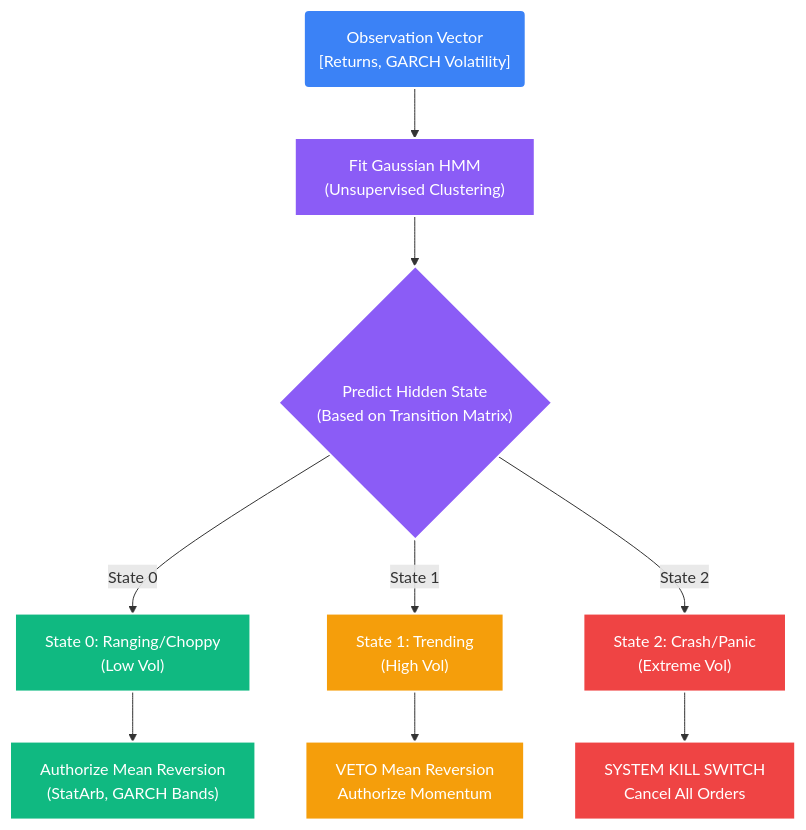
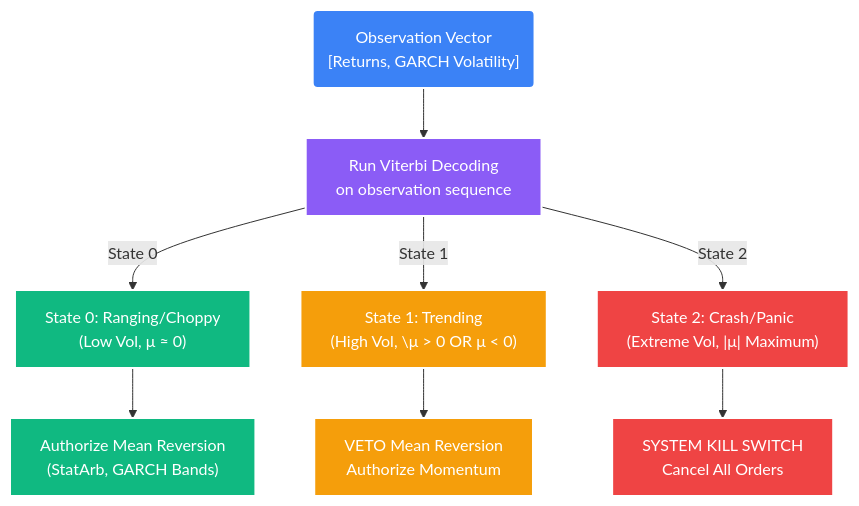
Before and after one commit to racoya/stockstats: the second of 2 diagrams in docs/models/03_hmm_regime_detection.md, drawn with Mermaid. The commit also changed other lines of this file, not shown here.

First line of the commit message:
docs(math): expand hmm regime detection documentation

````diff
--- a/docs/models/03_hmm_regime_detection.md
+++ b/docs/models/03_hmm_regime_detection.md
@@ -36,22 +126,21 @@
 ```mermaid
 graph TD
     classDef data fill:#3b82f6,stroke:#fff,stroke-width:2px,color:#fff;
     classDef hmm fill:#8b5cf6,stroke:#fff,stroke-width:2px,color:#fff;
     classDef state0 fill:#10b981,stroke:#fff,stroke-width:2px,color:#fff;
     classDef state1 fill:#f59e0b,stroke:#fff,stroke-width:2px,color:#fff;
     classDef state2 fill:#ef4444,stroke:#fff,stroke-width:2px,color:#fff;
 
     Data("Observation Vector\n[Returns, GARCH Volatility]"):::data
-    FitHMM["Fit Gaussian HMM\n(Unsupervised Clustering)"]:::hmm
-    Predict{"Predict Hidden State\n(Based on Transition Matrix)"}:::hmm
+    FitHMM["Run Viterbi Decoding\non observation sequence"]:::hmm
 
-    Data --> FitHMM --> Predict
+    Data --> FitHMM
 
-    Predict -- "State 0" --> S0["State 0: Ranging/Choppy\n(Low Vol)"]:::state0
-    Predict -- "State 1" --> S1["State 1: Trending\n(High Vol)"]:::state1
-    Predict -- "State 2" --> S2["State 2: Crash/Panic\n(Extreme Vol)"]:::state2
+    FitHMM -- "State 0" --> S0["State 0: Ranging/Choppy\n(Low Vol, μ ≈ 0)"]:::state0
+    FitHMM -- "State 1" --> S1["State 1: Trending\n(High Vol, \μ > 0 OR μ < 0)"]:::state1
+    FitHMM -- "State 2" --> S2["State 2: Crash/Panic\n(Extreme Vol, |μ| Maximum)"]:::state2
 
     S0 --> Act0["Authorize Mean Reversion\n(StatArb, GARCH Bands)"]:::state0
     S1 --> Act1["VETO Mean Reversion\nAuthorize Momentum"]:::state1
     S2 --> Act2["SYSTEM KILL SWITCH\nCancel All Orders"]:::state2
 ```
````
